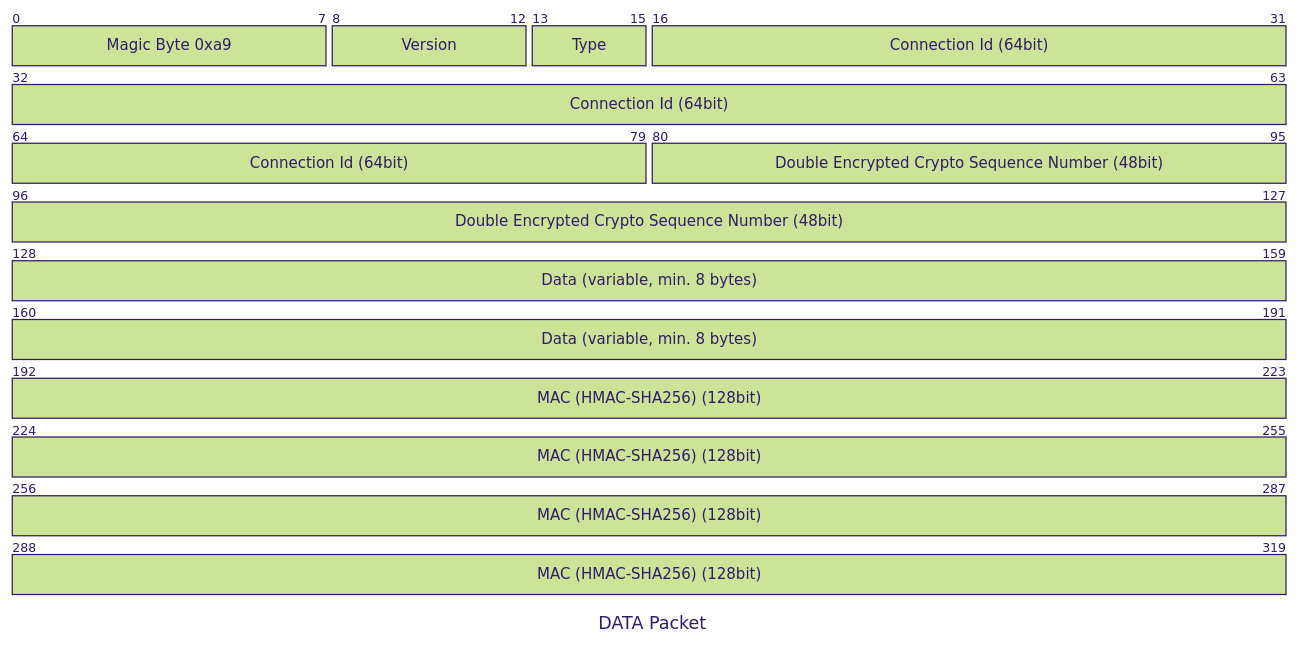
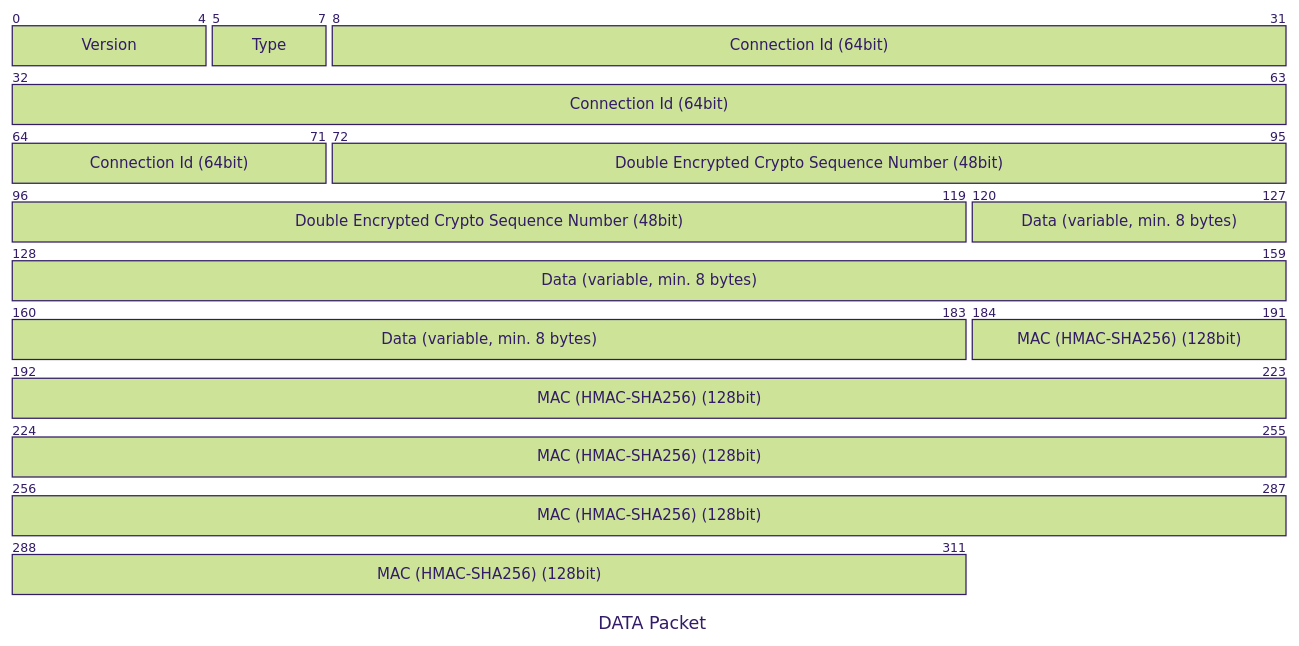
The sixth of 13 diagrams in Readme.md (tbocek/tomtp), drawn with Mermaid (forest theme) before and after one commit. The commit also changed other lines of this file and 16 other files, not shown here.

````diff
--- a/Readme.md
+++ b/Readme.md
@@ -181,13 +176,12 @@
 ```mermaid
 ---
 title: "DATA Packet"
 ---
 packet-beta
-  0-7: "Magic Byte 0xa9"
-  8-12: "Version"
-  13-15: "Type"
-  16-79: "Connection Id (64bit)"
-  80-127: "Double Encrypted Crypto Sequence Number (48bit)"
-  128-191: "Data (variable, min. 8 bytes)"
-  192-319: "MAC (HMAC-SHA256) (128bit)"
+  0-4: "Version"
+  5-7: "Type"
+  8-71: "Connection Id (64bit)"
+  72-119: "Double Encrypted Crypto Sequence Number (48bit)"
+  120-183: "Data (variable, min. 8 bytes)"
+  184-311: "MAC (HMAC-SHA256) (128bit)"
 ```
````
